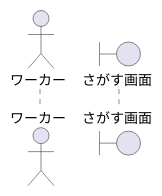
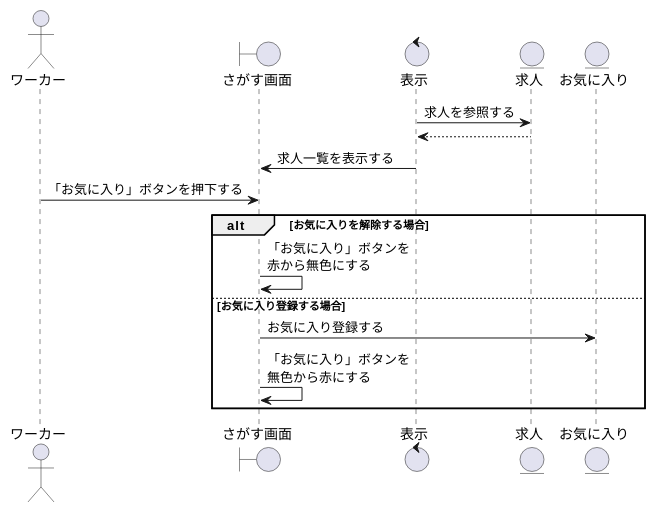
One commit to irukacb256/high_Me changed the diagram in sequence_fig/2_search_fn/03_求人のお気に入りを設定する.pu. Above: the diagram before and after it, drawn with PlantUML. The commit also changed 4 other files, not shown here.

```diff
--- a/sequence_fig/2_search_fn/03_求人のお気に入りを設定する.pu
+++ b/sequence_fig/2_search_fn/03_求人のお気に入りを設定する.pu
@@ -1,10 +1,26 @@
 @startuml 求人のお気に入り設定をする
 
 ' 1
-actor ワーカー as wo1
-boundary さがす画面 as sc1
+actor    ワーカー    as wo1
+boundary さがす画面  as sc1
+control  表示        as co1
+entity   求人        as jb1
+entity   お気に入り   as fa1
 
+co1 -> jb1 : 求人を参照する
+jb1 --> co1 
 
+co1 -> sc1 : 求人一覧を表示する
 
+wo1 -> sc1 : 「お気に入り」ボタンを押下する
+
+alt お気に入りを解除する場合 
+    sc1 -> sc1 : 「お気に入り」ボタンを\n赤から無色にする
+
+else お気に入り登録する場合
+    sc1 -> fa1 : お気に入り登録する
+    sc1 -> sc1 : 「お気に入り」ボタンを\n無色から赤にする
+
+end
 
 @enduml
```
